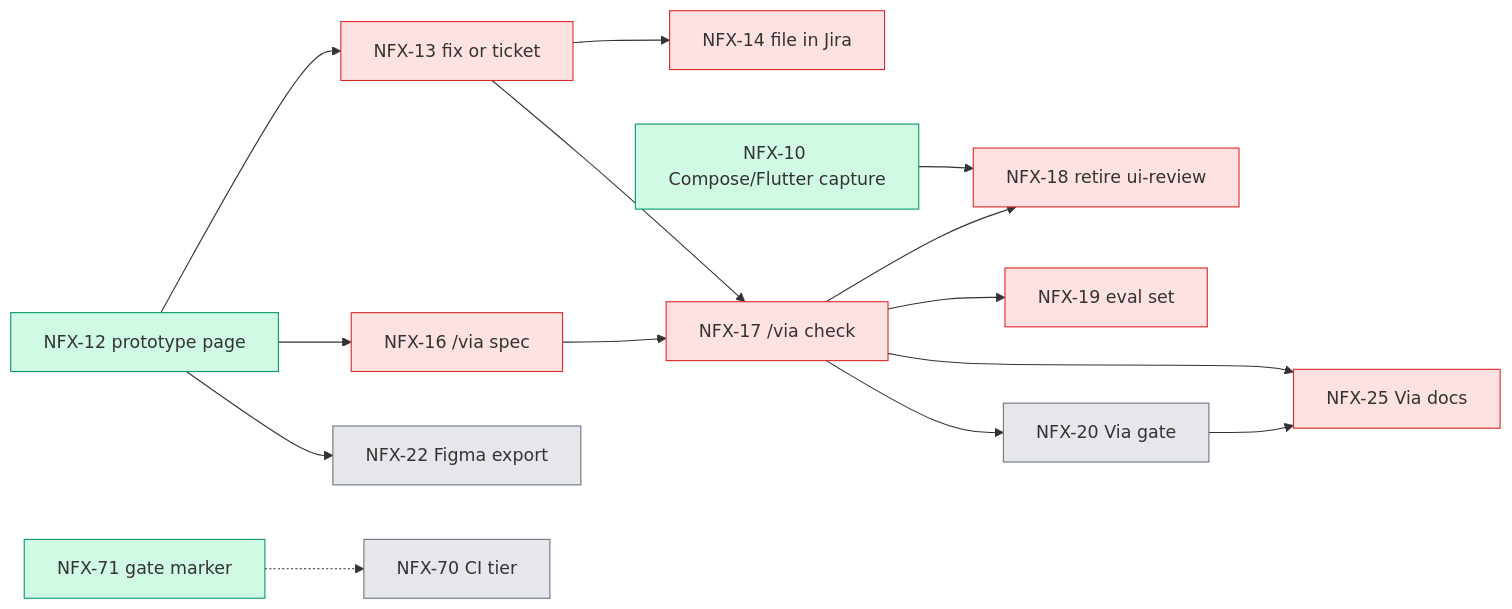
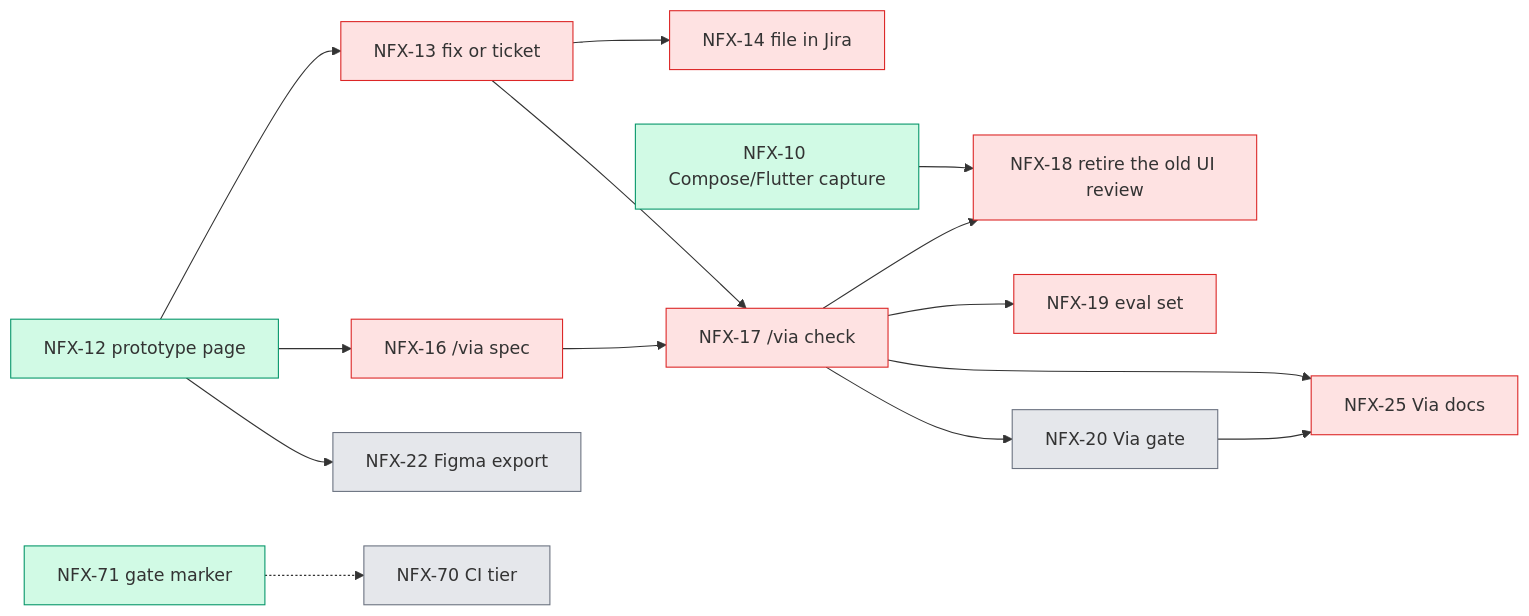
One commit to ctorres345/NousFX changed the diagram in docs/ROADMAP.md. Above: the diagram before and after it, drawn with Mermaid. The commit also changed other lines of this file and 19 other files, not shown here.

First line of the commit message:
NFX-18: retire ui-review in favor of Via

````diff
--- a/docs/ROADMAP.md
+++ b/docs/ROADMAP.md
@@ -51,22 +51,22 @@
 ```mermaid
 flowchart LR
   A12["NFX-12 prototype page"] --> A13["NFX-13 fix or ticket"]
   A12 --> A16["NFX-16 /via spec"]
   A12 --> A22["NFX-22 Figma export"]
   A13 --> A14["NFX-14 file in Jira"]
   A13 --> A17["NFX-17 /via check"]
   A16 --> A17
-  A10["NFX-10 Compose/Flutter capture"] --> A18["NFX-18 retire ui-review"]
+  A10["NFX-10 Compose/Flutter capture"] --> A18["NFX-18 retire the old UI review"]
   A17 --> A18
   A17 --> A19["NFX-19 eval set"]
   A17 --> A20["NFX-20 Via gate"]
   A17 --> A25["NFX-25 Via docs"]
   A20 --> A25
   A71["NFX-71 gate marker"] -.-> A70["NFX-70 CI tier"]
   classDef next fill:#d1fae5,stroke:#059669
   classDef blocked fill:#fee2e2,stroke:#dc2626
   classDef later fill:#e5e7eb,stroke:#6b7280
   class A12,A10,A71 next
   class A13,A14,A16,A17,A18,A19,A25 blocked
   class A20,A22,A70 later
 ```
````
